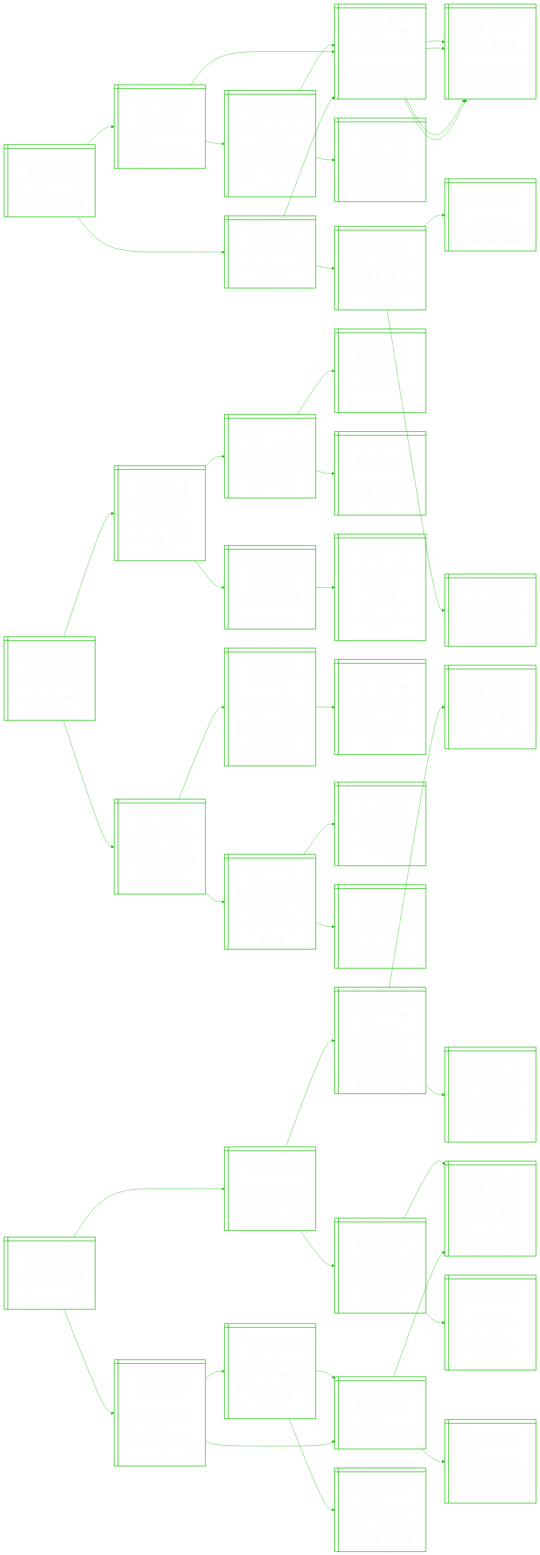
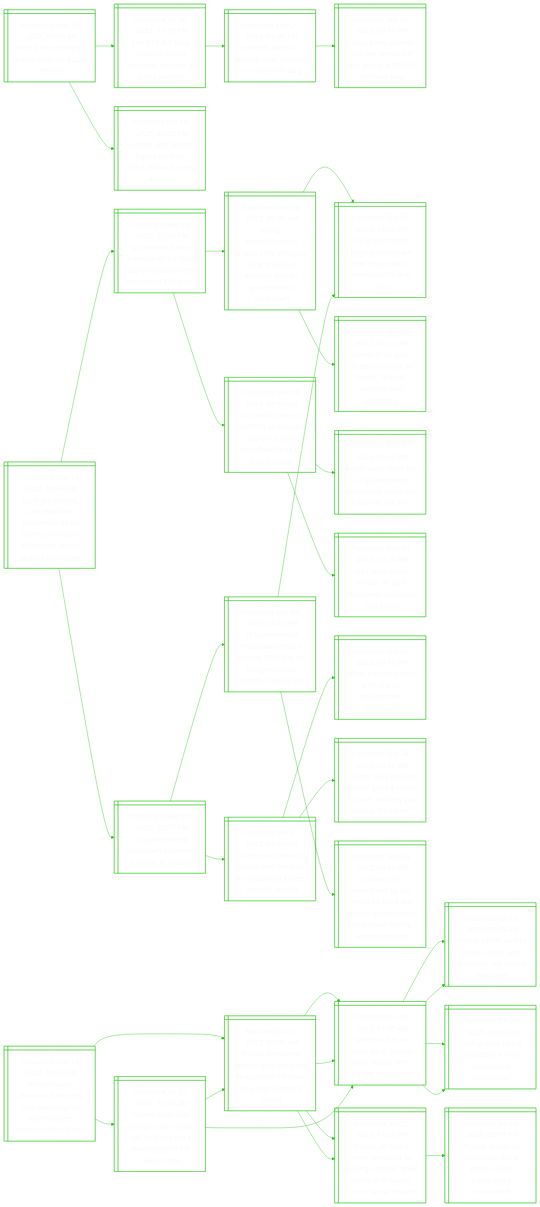
Before and after one commit to notJmes/notJmes: the diagram in README.md, drawn with Mermaid. The commit also changed other lines of this file, not shown here.

````diff
--- a/README.md
+++ b/README.md
@@ -16,136 +16,109 @@
 flowchart LR
 classDef txtsize font-size:20px;
 
-WBneSstsiG@{ shape: win-pane, label: "_Published Nov 10, 2025, 03:05 AM_
-World bank, in letter to us, backs draft un resolution on gaza" }
-UtNtoNinnzcd@{ shape: win-pane, label: "_Published Nov 07, 2025, 09:35 AM_
-Us to start un negotiations on nov 6 on international gaza force mandate" }
-Uatdnaacareonw@{ shape: win-pane, label: "_Published Nov 05, 2025, 08:02 AM_
-Us may ask un to mandate international force in gaza for two years, document shows" }
-AtHfezerydatoGel@{ shape: win-pane, label: "_Published Sep 30, 2025, 06:45 AM_
-Amnesty for hamas fighters, gaza to be governed by ‘board of peace’: details of the gaza peace plan" }
-Udoaitotnous@{ shape: win-pane, label: "_Published Nov 03, 2025, 11:57 PM_
-Un mandate for gaza stabilisation force still in the works, turkey says" }
-AtHfezerydatoGel@{ shape: win-pane, label: "_Published Sep 30, 2025, 06:45 AM_
-Amnesty for hamas fighters, gaza to be governed by ‘board of peace’: details of the gaza peace plan" }
-Tseaupoabmrnluo@{ shape: win-pane, label: "_Published Sep 30, 2025, 12:11 AM_
-Trump secures netanyahu’s support for gaza deal, but hamas’ agreement still in question" }
-Tseaupoabmrnluo@{ shape: win-pane, label: "_Published Sep 30, 2025, 12:11 AM_
-Trump secures netanyahu’s support for gaza deal, but hamas’ agreement still in question" }
-Wouaaam@{ shape: win-pane, label: "_Published Oct 09, 2025, 05:50 PM_
-What does trump’s gaza peace plan promise?" }
-AtHfezerydatoGel@{ shape: win-pane, label: "_Published Sep 30, 2025, 06:45 AM_
-Amnesty for hamas fighters, gaza to be governed by ‘board of peace’: details of the gaza peace plan" }
-Tseaupoabmrnluo@{ shape: win-pane, label: "_Published Sep 30, 2025, 12:11 AM_
-Trump secures netanyahu’s support for gaza deal, but hamas’ agreement still in question" }
-Tseaupoabmrnluo@{ shape: win-pane, label: "_Published Sep 30, 2025, 12:11 AM_
-Trump secures netanyahu’s support for gaza deal, but hamas’ agreement still in question" }
-NyeeawHakl@{ shape: win-pane, label: "_Published Oct 07, 2023, 12:04 PM_
-Netanyahu declares israel at war as hamas attacks kill over 100" }
-WzptIleint@{ shape: win-pane, label: "_Published Oct 07, 2023, 05:15 PM_
-Why gaza is epicentre of israeli-palestinian conflict" }
-Wiceapaks@{ shape: win-pane, label: "_Published Oct 07, 2023, 06:44 PM_
-World in shock after hamas surprise attacks on israel" }
+Rahpclmo@{ shape: win-pane, label: "_Published Nov 10, 2025, 07:05 AM_
+Rare patek philippe watch sells for $22.9 million" }
+TagBnhcait@{ shape: win-pane, label: "_Published Jul 10, 2025, 11:59 PM_
+The $12.8m bag: original birkin smashes records at paris auction" }
+Hsswoellkg@{ shape: win-pane, label: "_Published Mar 21, 2024, 01:40 PM_
+Hermes faces us lawsuit over ‘refusal’ to sell birkin bag" }
+HotRewpgra@{ shape: win-pane, label: "_Published Sep 01, 2023, 04:11 PM_
+Hong kong actress rain lee shows off pet dog in $70,000 hermes bag" }
+Hsafestic@{ shape: win-pane, label: "_Published Jun 10, 2025, 07:22 PM_
+Human-size labubu figure sells for $193,000 at beijing auction" }
 
-WBneSstsiG:::txtsize --> UtNtoNinnzcd:::txtsize
-UtNtoNinnzcd:::txtsize --> Uatdnaacareonw:::txtsize
-Uatdnaacareonw:::txtsize --> AtHfezerydatoGel:::txtsize
-Uatdnaacareonw:::txtsize --> Udoaitotnous:::txtsize
-UtNtoNinnzcd:::txtsize --> AtHfezerydatoGel:::txtsize
-AtHfezerydatoGel:::txtsize --> Tseaupoabmrnluo:::txtsize
-AtHfezerydatoGel:::txtsize --> Tseaupoabmrnluo:::txtsize
-WBneSstsiG:::txtsize --> Wouaaam:::txtsize
-Wouaaam:::txtsize --> AtHfezerydatoGel:::txtsize
-AtHfezerydatoGel:::txtsize --> Tseaupoabmrnluo:::txtsize
-AtHfezerydatoGel:::txtsize --> Tseaupoabmrnluo:::txtsize
-Wouaaam:::txtsize --> NyeeawHakl:::txtsize
-NyeeawHakl:::txtsize --> WzptIleint:::txtsize
-NyeeawHakl:::txtsize --> Wiceapaks:::txtsize
+Rahpclmo:::txtsize --> TagBnhcait:::txtsize
+TagBnhcait:::txtsize --> Hsswoellkg:::txtsize
+Hsswoellkg:::txtsize --> HotRewpgra:::txtsize
+Rahpclmo:::txtsize --> Hsafestic:::txtsize
 
-Bshfqfroneri@{ shape: win-pane, label: "_Published Nov 10, 2025, 02:45 AM_
-Bbc boss and head of news quit after trump documentary edit criticism" }
-Gonsobhcyerws@{ shape: win-pane, label: "_Published Jul 15, 2025, 01:09 AM_
-Gaza documentary shown on bbc breached accuracy guideline, review finds" }
-UenleewBrdey@{ shape: win-pane, label: "_Published Feb 28, 2025, 11:49 PM_
-Uk government calls urgent meeting with bbc over gaza documentary" }
-Ilaiecfiratp@{ shape: win-pane, label: "_Published Mar 01, 2025, 01:04 AM_
-Israel and hamas diverge over ceasefire with first phase set to expire" }
-Rsrhgohrntnus@{ shape: win-pane, label: "_Published Mar 01, 2025, 01:05 AM_
-Released israeli hostage recounts hunger, chains that ‘cut into your flesh’" }
-IlaaiOwrrBei@{ shape: win-pane, label: "_Published Mar 26, 2025, 03:03 AM_
-Israel releases palestinian oscar winner after west bank detention" }
-PtnceOwnuardra@{ shape: win-pane, label: "_Published Mar 25, 2025, 11:11 AM_
-Palestinian director behind oscar-winning documentary arrested by israeli army" }
-BsislBsisedpsnies@{ shape: win-pane, label: "_Published Nov 09, 2025, 09:00 PM_
-British minister says claims bbc misled viewers with edited trump clips are ‘incredibly serious’" }
-TtpswoCooamdphcmvn@{ shape: win-pane, label: "_Published Jan 07, 2021, 06:21 AM_
-Trump tells protesters who stormed capitol to go home as former aides implore him to condemn the violence" }
-peapubmalrest@{ shape: win-pane, label: "_Published Jan 07, 2021, 03:22 AM_
-4 people dead after pro-trump mob storms us capitol; congress resumes debate" }
-PoesToisiewin@{ shape: win-pane, label: "_Published Jul 02, 2025, 02:09 PM_
-Paramount settles with trump over 60 minutes harris interview for $20 million" }
-TsBrlrteis@{ shape: win-pane, label: "_Published Nov 01, 2024, 05:40 AM_
-Trump sues cbs over kamala harris interview on 60 minutes" }
-UwBasemnbhr@{ shape: win-pane, label: "_Published Dec 15, 2024, 07:40 AM_
-Us network abc to pay $20m to settle defamation suit brought by trump" }
-
-Bshfqfroneri:::txtsize --> Gonsobhcyerws:::txtsize
-Gonsobhcyerws:::txtsize --> UenleewBrdey:::txtsize
-UenleewBrdey:::txtsize --> Ilaiecfiratp:::txtsize
-UenleewBrdey:::txtsize --> Rsrhgohrntnus:::txtsize
-Gonsobhcyerws:::txtsize --> IlaaiOwrrBei:::txtsize
-IlaaiOwrrBei:::txtsize --> PtnceOwnuardra:::txtsize
-Bshfqfroneri:::txtsize --> BsislBsisedpsnies:::txtsize
-BsislBsisedpsnies:::txtsize --> TtpswoCooamdphcmvn:::txtsize
-TtpswoCooamdphcmvn:::txtsize --> peapubmalrest:::txtsize
-BsislBsisedpsnies:::txtsize --> PoesToisiewin:::txtsize
-PoesToisiewin:::txtsize --> TsBrlrteis:::txtsize
-PoesToisiewin:::txtsize --> UwBasemnbhr:::txtsize
-
-Uettorifodf@{ shape: win-pane, label: "_Published Nov 10, 2025, 02:09 AM_
-Usda tells states to undo efforts to issue full food aid benefits" }
-Uroeutdifido@{ shape: win-pane, label: "_Published Nov 08, 2025, 08:39 AM_
-Us supreme court lets trump withhold $5.2 billion in food aid funding for now" }
-MoAcoedaromhwmirn@{ shape: win-pane, label: "_Published Nov 04, 2025, 10:30 AM_
-Millions of americans to get reduced food aid during government shutdown: trump administration" }
-Uentesnknih@{ shape: win-pane, label: "_Published Oct 06, 2025, 09:01 PM_
-Us government shutdown enters second week with no end in sight" }
-Frmognsonpewei@{ shape: win-pane, label: "_Published Nov 04, 2025, 08:32 AM_
-For first time in long us government shutdown, hints of progress toward reopening" }
-Tttohodcsrsuor@{ shape: win-pane, label: "_Published Nov 05, 2025, 03:24 AM_
-Trump threatens to withhold food aid as us cities, non-profits ask judge to intervene" }
-Uentesraosactt@{ shape: win-pane, label: "_Published Nov 04, 2025, 08:47 PM_
-Us government shutdown enters record 35th day as congressional inaction takes toll" }
-Gnsouomicltf@{ shape: win-pane, label: "_Published Nov 05, 2025, 02:13 AM_
-Government shutdown could close some us airspace, airline stocks fall" }
-TcfvecoilhpUttdn@{ shape: win-pane, label: "_Published Nov 09, 2025, 02:26 AM_
-Trump calls for giving healthcare money ‘directly to the people’ as us shutdown talks drag on" }
-UajBoodwresdrd@{ shape: win-pane, label: "_Published Nov 08, 2025, 08:50 AM_
-Us senate rejects bill to restore federal worker pay, remains at odds over shutdown" }
-Uentbegno@{ shape: win-pane, label: "_Published Nov 05, 2025, 02:27 PM_
-Us government shutdown becomes longest in history" }
+Uglalnetifolhgrrhw@{ shape: win-pane, label: "_Published Nov 10, 2025, 06:48 AM_
+Us flight delays, cancellations accelerate as air traffic controller shortages surge during shutdown" }
+Ulbtefiyvendhs@{ shape: win-pane, label: "_Published Nov 09, 2025, 07:33 PM_
+Us airlines brace themselves for third day of government-mandated flight cuts" }
+TaitroguaSouomhw@{ shape: win-pane, label: "_Published Nov 06, 2025, 06:35 AM_
+Trump administration orders 10% of flights cut at major us airports due to government shutdown" }
+Ueniunmaayat@{ shape: win-pane, label: "_Published Oct 01, 2025, 12:02 PM_
+Us government begins shutdown that may lead to mass layoffs and cuts" }
+Lsounsrfakni@{ shape: win-pane, label: "_Published Nov 05, 2025, 04:22 PM_
+Longest us govt shutdown tests air travel, federal workers and patience" }
+AacofsauSsoarc@{ shape: win-pane, label: "_Published Nov 09, 2025, 07:51 AM_
+Air traffic control staffing shortages due to us govt shutdown lead to travel chaos" }
 aWoeveunfotm@{ shape: win-pane, label: "_Published Nov 07, 2025, 05:55 PM_
 Askst: what does the us government shutdown mean for a tourist like me?" }
+Uvenounpiu@{ shape: win-pane, label: "_Published Nov 07, 2025, 10:28 AM_
+Us travel woes mount as govt shutdown prompts flight cuts" }
 Uentbegno@{ shape: win-pane, label: "_Published Nov 05, 2025, 02:27 PM_
 Us government shutdown becomes longest in history" }
 AcobeaSdnsdh@{ shape: win-pane, label: "_Published Nov 01, 2025, 01:34 AM_
 Americans worry about next meal as us shutdown enters second month" }
+Waswhomhw@{ shape: win-pane, label: "_Published Oct 01, 2025, 04:42 PM_
+What happens next with the us government shutdown?" }
+Tsrermvlyuso@{ shape: win-pane, label: "_Published Oct 24, 2025, 06:18 AM_
+Trump says private donor gave $160m to cover military pay during shutdown" }
 Uentesraosactt@{ shape: win-pane, label: "_Published Nov 04, 2025, 08:47 PM_
 Us government shutdown enters record 35th day as congressional inaction takes toll" }
+Ueniunmaayat@{ shape: win-pane, label: "_Published Oct 01, 2025, 12:02 PM_
+Us government begins shutdown that may lead to mass layoffs and cuts" }
+MoAcoedaromhwmirn@{ shape: win-pane, label: "_Published Nov 04, 2025, 10:30 AM_
+Millions of americans to get reduced food aid during government shutdown: trump administration" }
 
-Uettorifodf:::txtsize --> Uroeutdifido:::txtsize
-Uroeutdifido:::txtsize --> MoAcoedaromhwmirn:::txtsize
-MoAcoedaromhwmirn:::txtsize --> Uentesnknih:::txtsize
-MoAcoedaromhwmirn:::txtsize --> Frmognsonpewei:::txtsize
-Uroeutdifido:::txtsize --> Tttohodcsrsuor:::txtsize
-Tttohodcsrsuor:::txtsize --> Uentesraosactt:::txtsize
-Tttohodcsrsuor:::txtsize --> Gnsouomicltf:::txtsize
-Uettorifodf:::txtsize --> TcfvecoilhpUttdn:::txtsize
-TcfvecoilhpUttdn:::txtsize --> UajBoodwresdrd:::txtsize
-UajBoodwresdrd:::txtsize --> Uentbegno:::txtsize
-UajBoodwresdrd:::txtsize --> aWoeveunfotm:::txtsize
-TcfvecoilhpUttdn:::txtsize --> Uentbegno:::txtsize
+Uglalnetifolhgrrhw:::txtsize --> Ulbtefiyvendhs:::txtsize
+Ulbtefiyvendhs:::txtsize --> TaitroguaSouomhw:::txtsize
+TaitroguaSouomhw:::txtsize --> Ueniunmaayat:::txtsize
+TaitroguaSouomhw:::txtsize --> Lsounsrfakni:::txtsize
+Ulbtefiyvendhs:::txtsize --> AacofsauSsoarc:::txtsize
+AacofsauSsoarc:::txtsize --> aWoeveunfotm:::txtsize
+AacofsauSsoarc:::txtsize --> Uvenounpiu:::txtsize
+Uglalnetifolhgrrhw:::txtsize --> Uentbegno:::txtsize
 Uentbegno:::txtsize --> AcobeaSdnsdh:::txtsize
+AcobeaSdnsdh:::txtsize --> Waswhomhw:::txtsize
+AcobeaSdnsdh:::txtsize --> Tsrermvlyuso:::txtsize
 Uentbegno:::txtsize --> Uentesraosactt:::txtsize
+Uentesraosactt:::txtsize --> Ueniunmaayat:::txtsize
+Uentesraosactt:::txtsize --> MoAcoedaromhwmirn:::txtsize
+
+WHdsanstmeaaT@{ shape: win-pane, label: "_Published Nov 10, 2025, 06:29 AM_
+White house discussed naming new washington commanders stadium after trump" }
+TttagtmuseaRim@{ shape: win-pane, label: "_Published Jul 21, 2025, 07:00 AM_
+Trump threatens washington stadium deal unless nfl team re-adopt redskins name" }
+ActetpfrNei@{ shape: win-pane, label: "_Published Jul 20, 2025, 11:55 AM_
+‘america has to come first’: trump wins favour with native americans" }
+Ttfttoiueats@{ shape: win-pane, label: "_Published Jul 10, 2025, 07:09 AM_
+Trump tariffs aim to settle scores with countries, no matter their size" }
+Tcbpdvaooi@{ shape: win-pane, label: "_Published Jun 28, 2025, 04:06 AM_
+Trump calls being president a ‘very dangerous profession’" }
+TXhtddgbemSKSes@{ shape: win-pane, label: "_Published Jul 20, 2025, 11:32 PM_
+Trump, xi might meet ahead of or during october apec summit in south korea, scmp reports" }
+Tdsceaiyogo@{ shape: win-pane, label: "_Published Jul 19, 2025, 08:15 PM_
+Trump duties to decimate china profits, says bloomberg economics" }
+NeirsrabbagNae@{ shape: win-pane, label: "_Published Jul 22, 2025, 10:18 AM_
+Native american groups slam trump call to bring back washington’s nfl team name" }
+TttagtmuseaRim@{ shape: win-pane, label: "_Published Jul 21, 2025, 07:00 AM_
+Trump threatens washington stadium deal unless nfl team re-adopt redskins name" }
+ActetpfrNei@{ shape: win-pane, label: "_Published Jul 20, 2025, 11:55 AM_
+‘america has to come first’: trump wins favour with native americans" }
+TXhtddgbemSKSes@{ shape: win-pane, label: "_Published Jul 20, 2025, 11:32 PM_
+Trump, xi might meet ahead of or during october apec summit in south korea, scmp reports" }
+ActetpfrNei@{ shape: win-pane, label: "_Published Jul 20, 2025, 11:55 AM_
+‘america has to come first’: trump wins favour with native americans" }
+Ttfttoiueats@{ shape: win-pane, label: "_Published Jul 10, 2025, 07:09 AM_
+Trump tariffs aim to settle scores with countries, no matter their size" }
+Tcbpdvaooi@{ shape: win-pane, label: "_Published Jun 28, 2025, 04:06 AM_
+Trump calls being president a ‘very dangerous profession’" }
+
+WHdsanstmeaaT:::txtsize --> TttagtmuseaRim:::txtsize
+TttagtmuseaRim:::txtsize --> ActetpfrNei:::txtsize
+ActetpfrNei:::txtsize --> Ttfttoiueats:::txtsize
+ActetpfrNei:::txtsize --> Tcbpdvaooi:::txtsize
+TttagtmuseaRim:::txtsize --> TXhtddgbemSKSes:::txtsize
+TXhtddgbemSKSes:::txtsize --> Tdsceaiyogo:::txtsize
+WHdsanstmeaaT:::txtsize --> NeirsrabbagNae:::txtsize
+NeirsrabbagNae:::txtsize --> TttagtmuseaRim:::txtsize
+TttagtmuseaRim:::txtsize --> ActetpfrNei:::txtsize
+TttagtmuseaRim:::txtsize --> TXhtddgbemSKSes:::txtsize
+NeirsrabbagNae:::txtsize --> ActetpfrNei:::txtsize
+ActetpfrNei:::txtsize --> Ttfttoiueats:::txtsize
+ActetpfrNei:::txtsize --> Tcbpdvaooi:::txtsize
 
 ```
````
